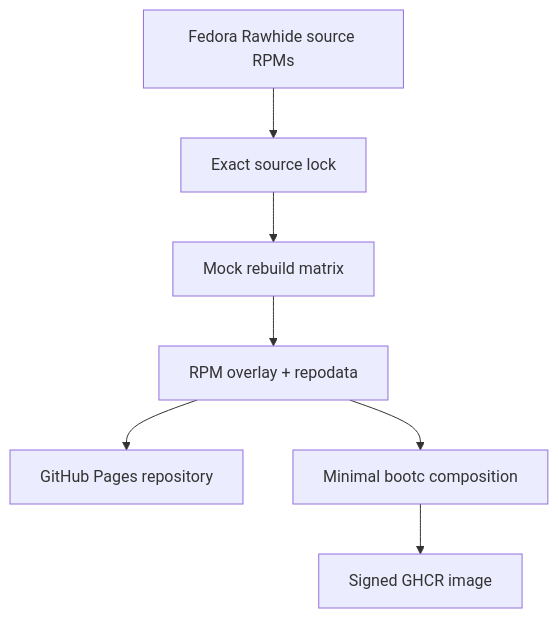
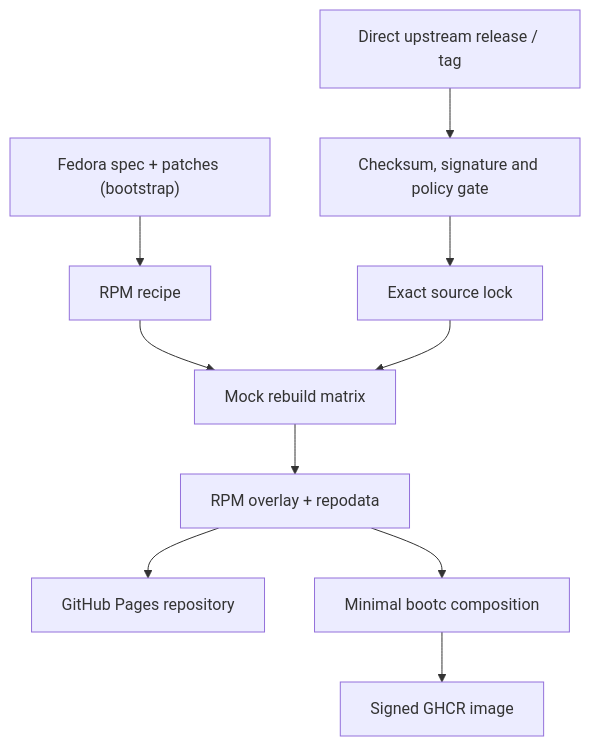
The diagram in docs/architecture.md (HuntedRaven7/utah-packages-1), drawn with Mermaid before and after one commit. The commit also changed other lines of this file, not shown here.

Commit message:
feat: make direct upstream sources the only update path

````diff
--- a/docs/architecture.md
+++ b/docs/architecture.md
@@ -3,9 +3,12 @@
 ```mermaid
 flowchart TD
-  Rawhide["Fedora Rawhide source RPMs"] --> Lock["Exact source lock"]
-  Lock --> Mock["Mock rebuild matrix"]
+  Fedora["Fedora spec + patches (bootstrap)"] --> Spec["RPM recipe"]
+  Upstream["Direct upstream release / tag"] --> Verify["Checksum, signature and policy gate"]
+  Verify --> Lock["Exact source lock"]
+  Spec --> Mock["Mock rebuild matrix"]
+  Lock --> Mock
   Mock --> Repo["RPM overlay + repodata"]
   Repo --> Pages["GitHub Pages repository"]
   Repo --> Bootc["Minimal bootc composition"]
   Bootc --> GHCR["Signed GHCR image"]
 ```
````
